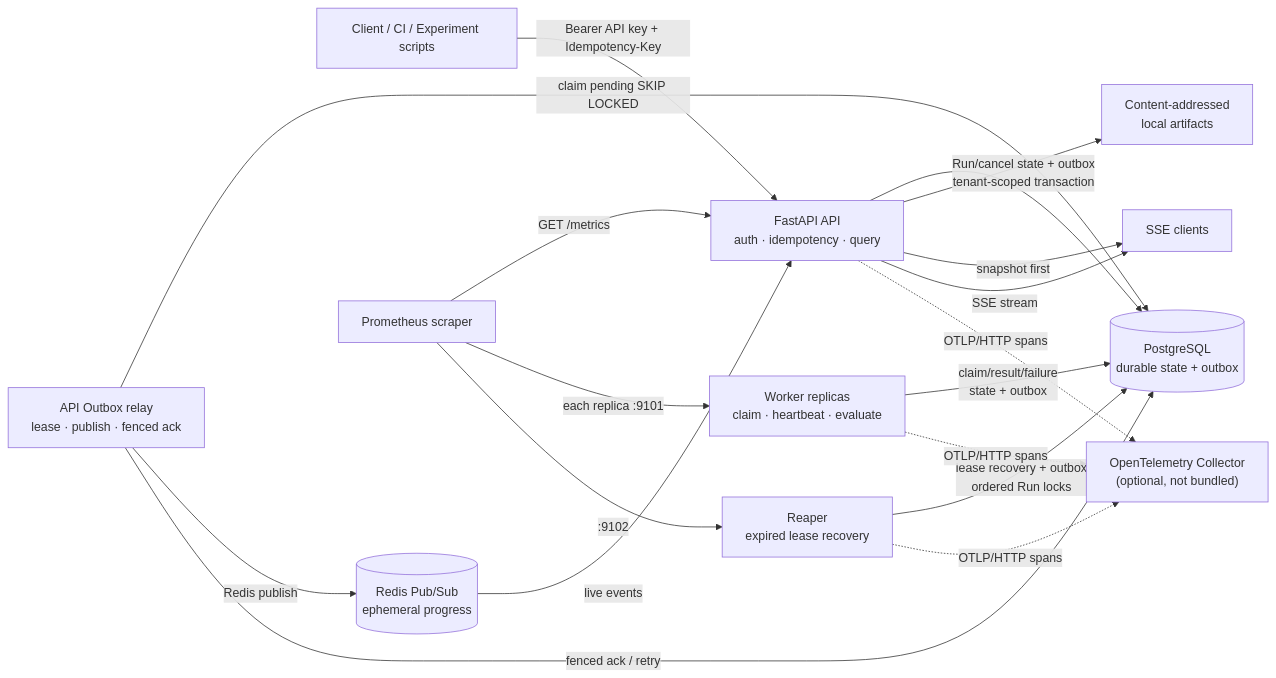
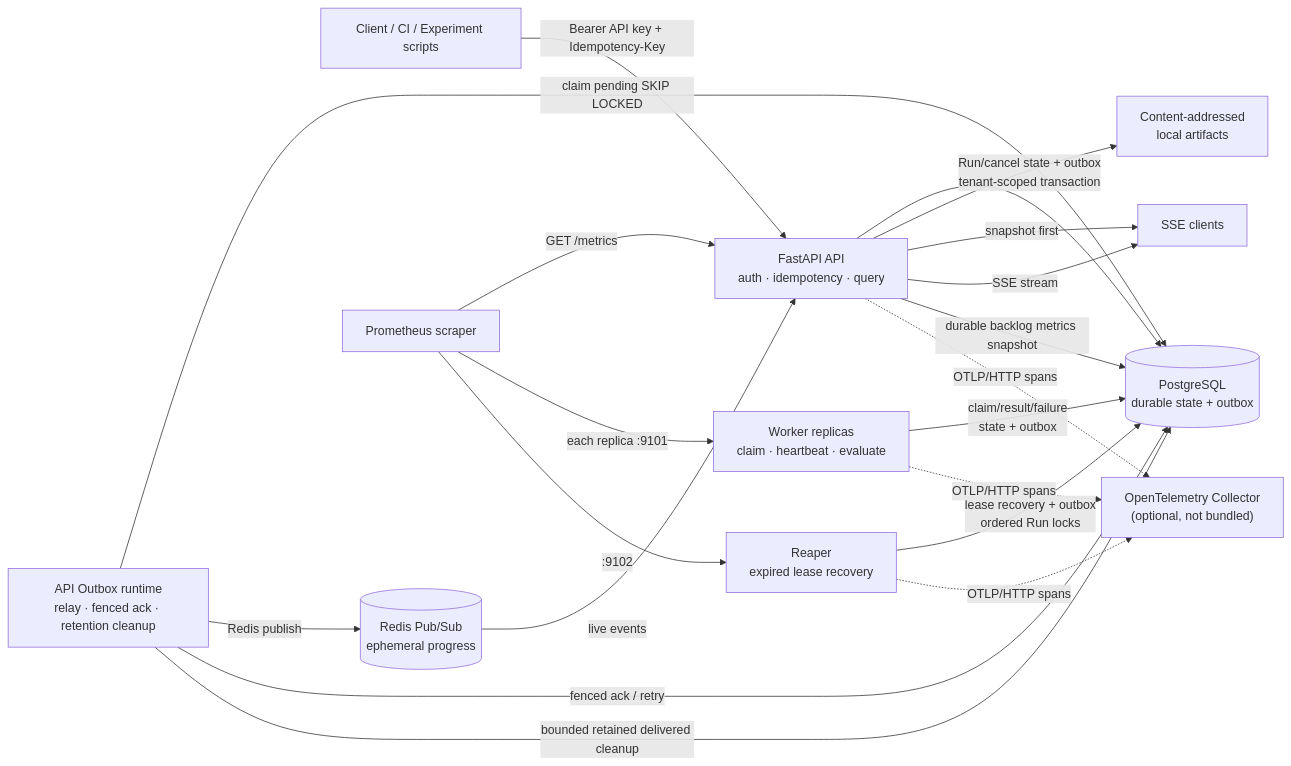
The first of 3 diagrams in docs/architecture_diagram.md (godofxuan/ai-evalops-platform), drawn with Mermaid before and after one commit. The commit also changed other lines of this file and 10 other files, not shown here.

````diff
--- a/docs/architecture_diagram.md
+++ b/docs/architecture_diagram.md
@@ -3,34 +3,36 @@
 ```mermaid
 flowchart LR
     C["Client / CI / Experiment scripts"]
     API["FastAPI API<br/>auth · idempotency · query"]
-    RELAY["API Outbox relay<br/>lease · publish · fenced ack"]
+    RELAY["API Outbox runtime<br/>relay · fenced ack · retention cleanup"]
     PG[("PostgreSQL<br/>durable state + outbox")]
     REDIS[("Redis Pub/Sub<br/>ephemeral progress")]
     ART["Content-addressed<br/>local artifacts"]
     W["Worker replicas<br/>claim · heartbeat · evaluate"]
     R["Reaper<br/>expired lease recovery"]
     SSE["SSE clients"]
     PROM["Prometheus scraper"]
     OTEL["OpenTelemetry Collector<br/>(optional, not bundled)"]
 
     C -->|"Bearer API key + Idempotency-Key"| API
     API -->|"Run/cancel state + outbox<br/>tenant-scoped transaction"| PG
     API --> ART
     API -->|"snapshot first"| SSE
     REDIS -->|"live events"| API
     API -->|"SSE stream"| SSE
 
     W -->|"claim/result/failure<br/>state + outbox"| PG
     R -->|"lease recovery + outbox<br/>ordered Run locks"| PG
     RELAY -->|"claim pending SKIP LOCKED"| PG
     RELAY -->|"Redis publish"| REDIS
     RELAY -->|"fenced ack / retry"| PG
+    RELAY -->|"bounded retained delivered cleanup"| PG
+    API -->|"durable backlog metrics snapshot"| PG
 
     PROM -->|"GET /metrics"| API
     PROM -->|"each replica :9101"| W
     PROM -->|":9102"| R
     API -.->|"OTLP/HTTP spans"| OTEL
     W -.->|"OTLP/HTTP spans"| OTEL
     R -.->|"OTLP/HTTP spans"| OTEL
 ```
````
